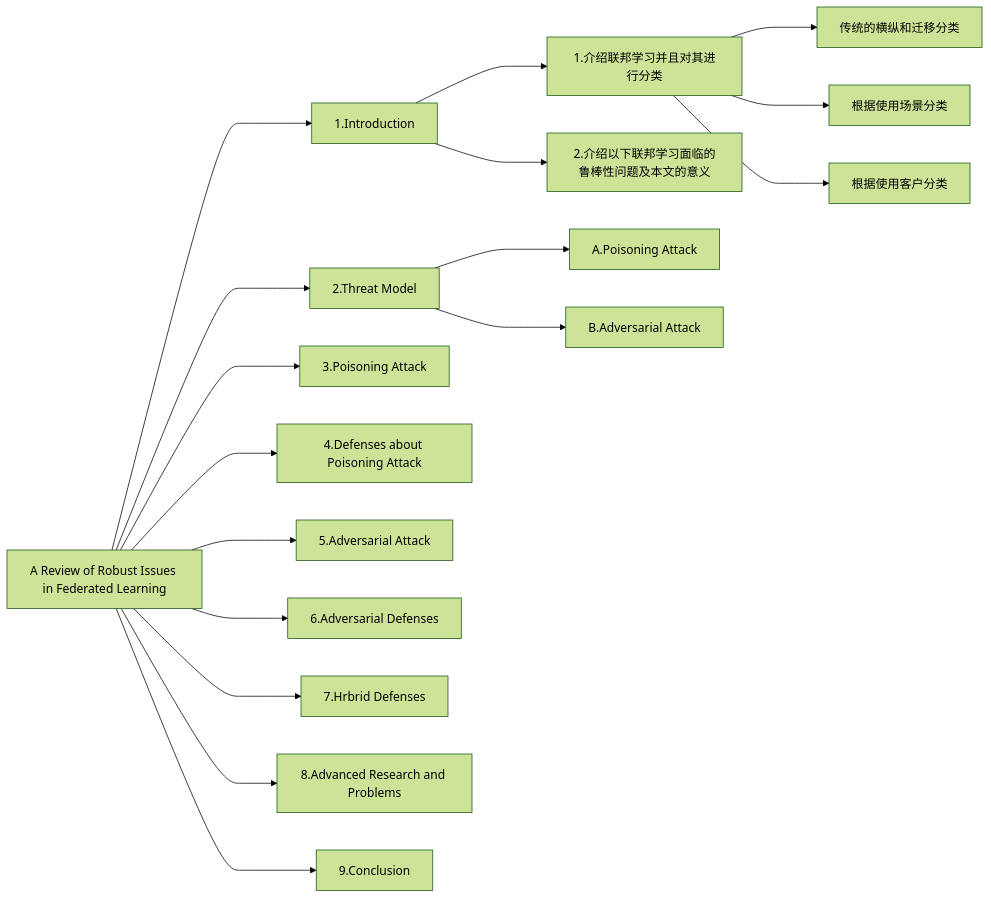
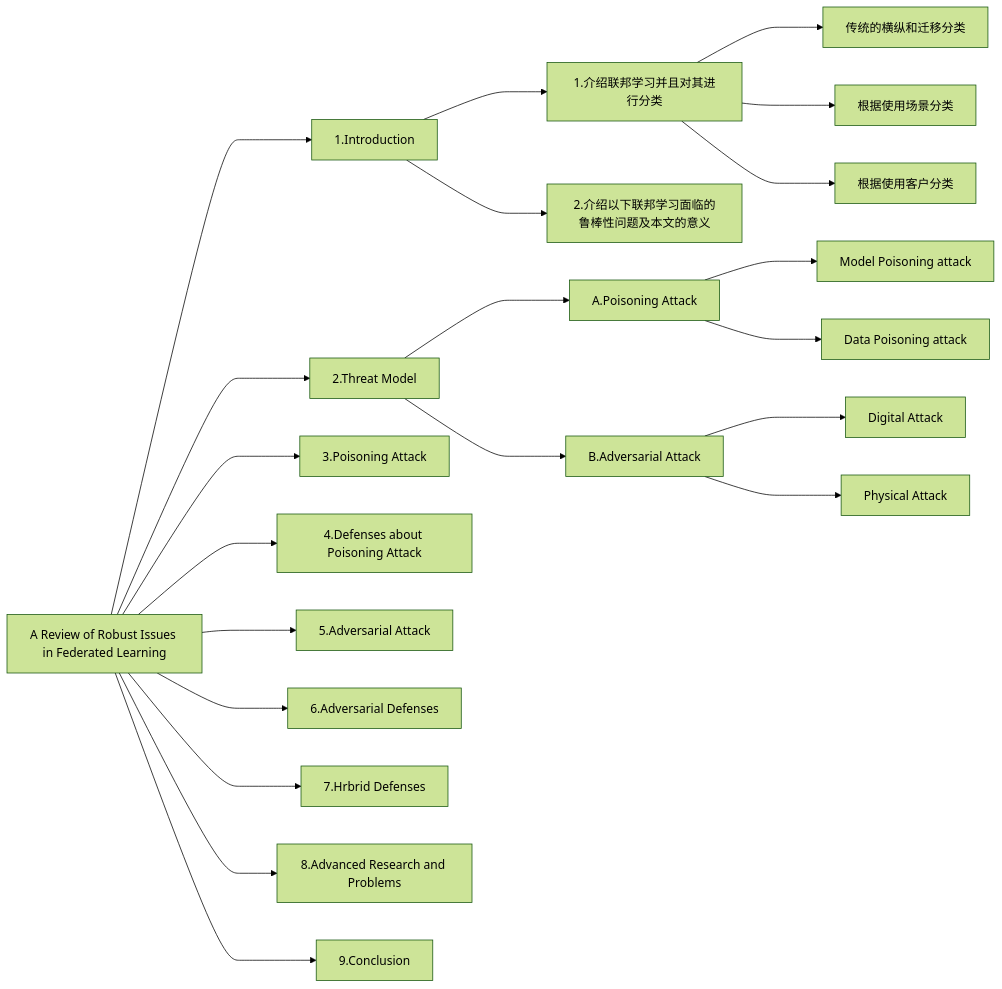
Before and after one commit to YunHao-Von/FederatedLearningSurvey: the diagram in README.en.md, drawn with Mermaid (forest theme). The commit also changed other lines of this file and 6 other files, not shown here.

````diff
--- a/README.en.md
+++ b/README.en.md
@@ -8,23 +8,28 @@
  ```mermaid
    graph LR
        a[A Review of Robust Issues in Federated Learning]  
     a ---> b1[1.Introduction]  
     b1 ---> b1a[1.介绍联邦学习并且对其进行分类] 
     b1a ---> b1a1["传统的横纵和迁移分类"]
     b1a ---> b1a2["根据使用场景分类"] 
     b1a ---> b1a3["根据使用客户分类"]
     b1 ---> b1b[2.介绍以下联邦学习面临的鲁棒性问题及本文的意义]
 
     a ---> b2[2.Threat Model]  
     b2 ---> b2a[A.Poisoning Attack]
+    b2a ---> b2a1[Model Poisoning attack]  
+    b2a ---> b2a2[Data Poisoning attack]  
+
     b2 ---> b2b[B.Adversarial Attack]  
+    b2b ---> b2b1[Digital Attack]  
+    b2b ---> b2b2[Physical Attack]
     a ---> b3[3.Poisoning Attack]
     a ---> b4[4.Defenses about Poisoning Attack]
     a ---> b5[5.Adversarial Attack]
     a ---> b6[6.Adversarial Defenses]  
     a ---> b7[7.Hrbrid Defenses]
     a ---> b8[8.Advanced Research and Problems]  
     a ---> b9[9.Conclusion]
 
 
    ```
````
